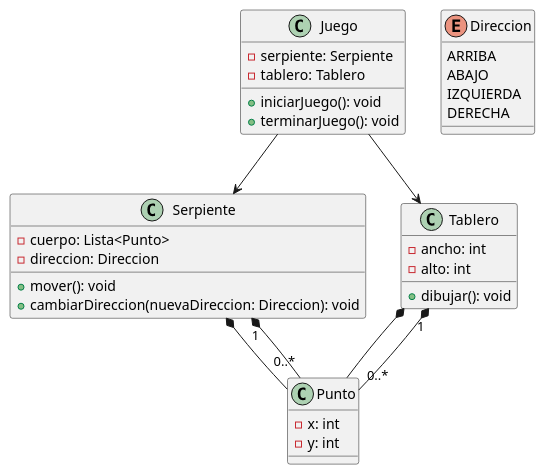
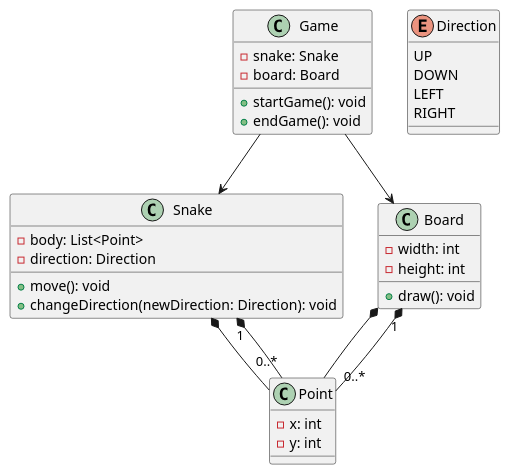
One commit to caiv2303/snake-game changed the diagram in docs/snake.puml. Above: the diagram before and after it, drawn with PlantUML.

Commit message:
Version 26

```diff
--- a/docs/snake.puml
+++ b/docs/snake.puml
@@ -1,43 +1,43 @@
 @startuml snake
 
-class Juego {
-    -serpiente: Serpiente
-    -tablero: Tablero
-    +iniciarJuego(): void
-    +terminarJuego(): void
+class Game {
+    -snake: Snake
+    -board: Board
+    +startGame(): void
+    +endGame(): void
 }
 
-class Serpiente {
-    -cuerpo: Lista<Punto>
-    -direccion: Direccion
-    +mover(): void
-    +cambiarDireccion(nuevaDireccion: Direccion): void
+class Snake {
+    -body: List<Point>
+    -direction: Direction
+    +move(): void
+    +changeDirection(newDirection: Direction): void
 }
 
-class Tablero {
-    -ancho: int
-    -alto: int
-    +dibujar(): void
+class Board {
+    -width: int
+    -height: int
+    +draw(): void
 }
 
-class Punto {
+class Point {
     -x: int
     -y: int
 }
 
-enum Direccion {
-    ARRIBA
-    ABAJO
-    IZQUIERDA
-    DERECHA
+enum Direction {
+    UP
+    DOWN
+    LEFT
+    RIGHT
 }
 
-Juego --> Serpiente
-Juego --> Tablero
-Serpiente *-- Punto
-Tablero *-- Punto
+Game --> Snake
+Game --> Board
+Snake *-- Point
+Board *-- Point
 
-Serpiente "1" *-- "0..*" Punto
-Tablero "1" *-- "0..*" Punto
+Snake "1" *-- "0..*" Point
+Board "1" *-- "0..*" Point
 
 @enduml
```
